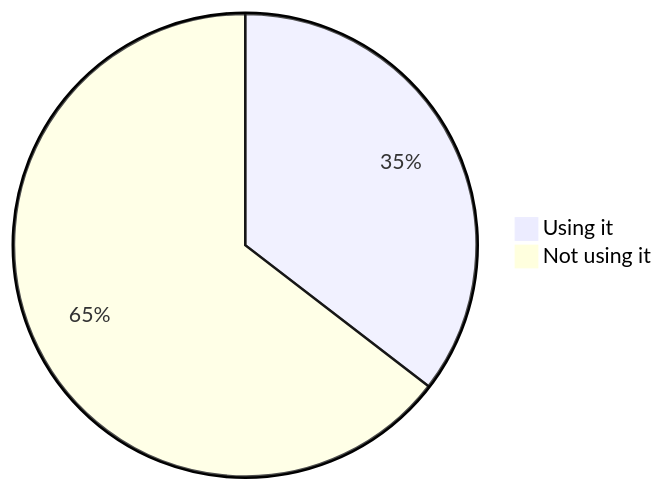
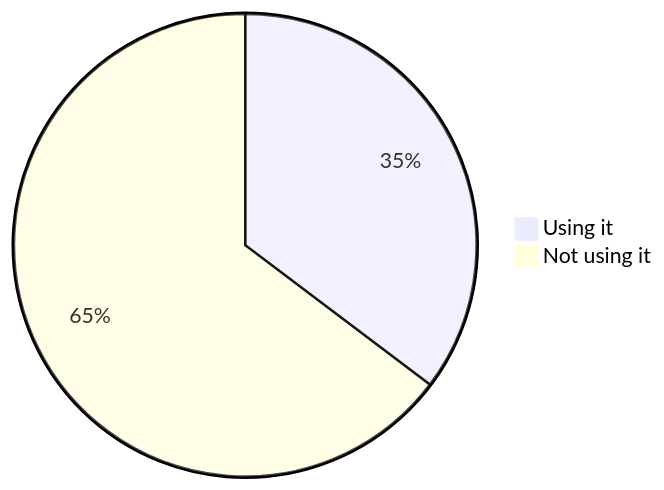
Diagram 14 of 22 in stats.md (oshp/oshp-stats), drawn with Mermaid before and after one commit. The commit also changed other lines of this file, not shown here.

````diff
--- a/stats.md
+++ b/stats.md
@@ -166,6 +166,6 @@
 ```mermaid
 pie
-	"Using it" : 35.44
-	"Not using it" : 64.56
+	"Using it" : 35.29
+	"Not using it" : 64.71
 
 ```
````
